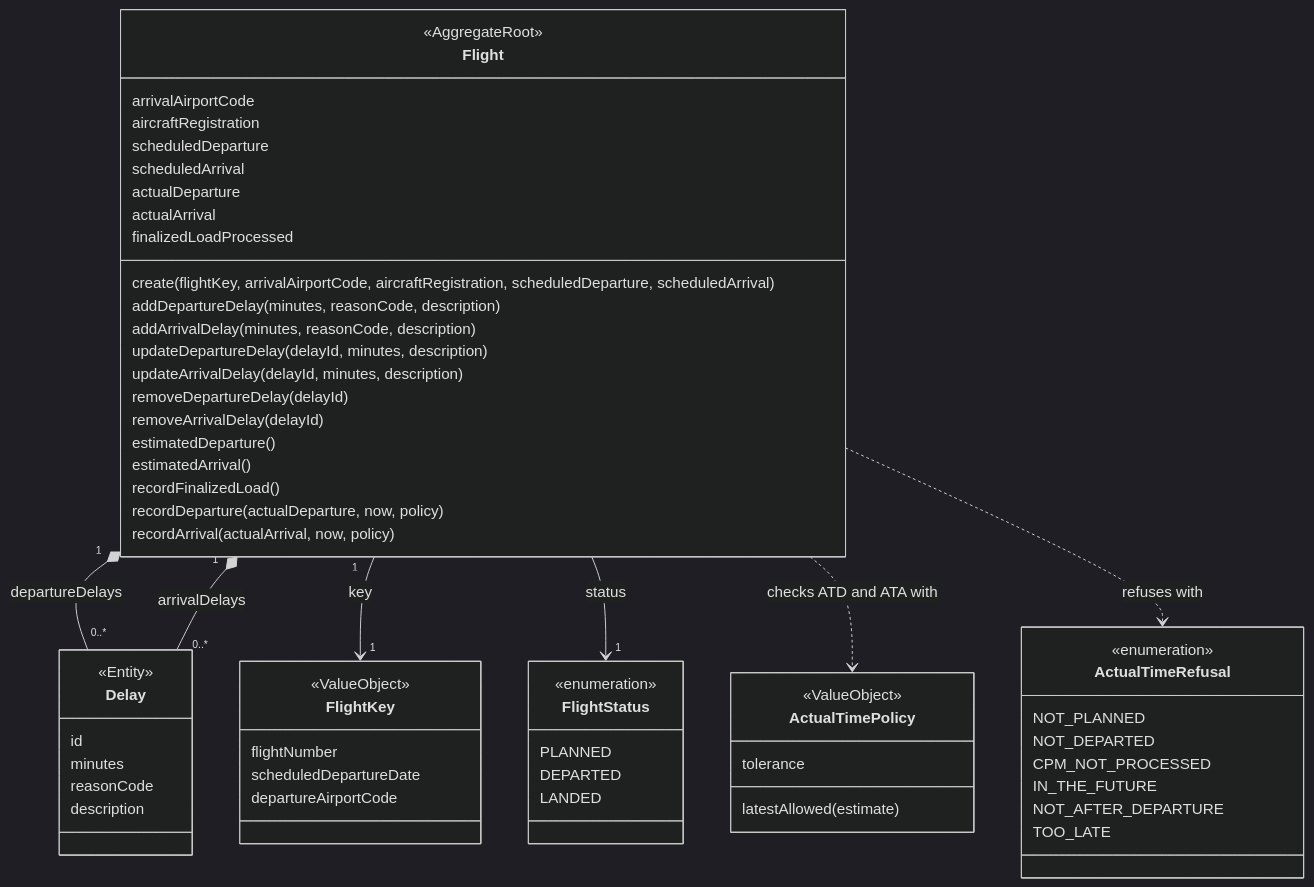
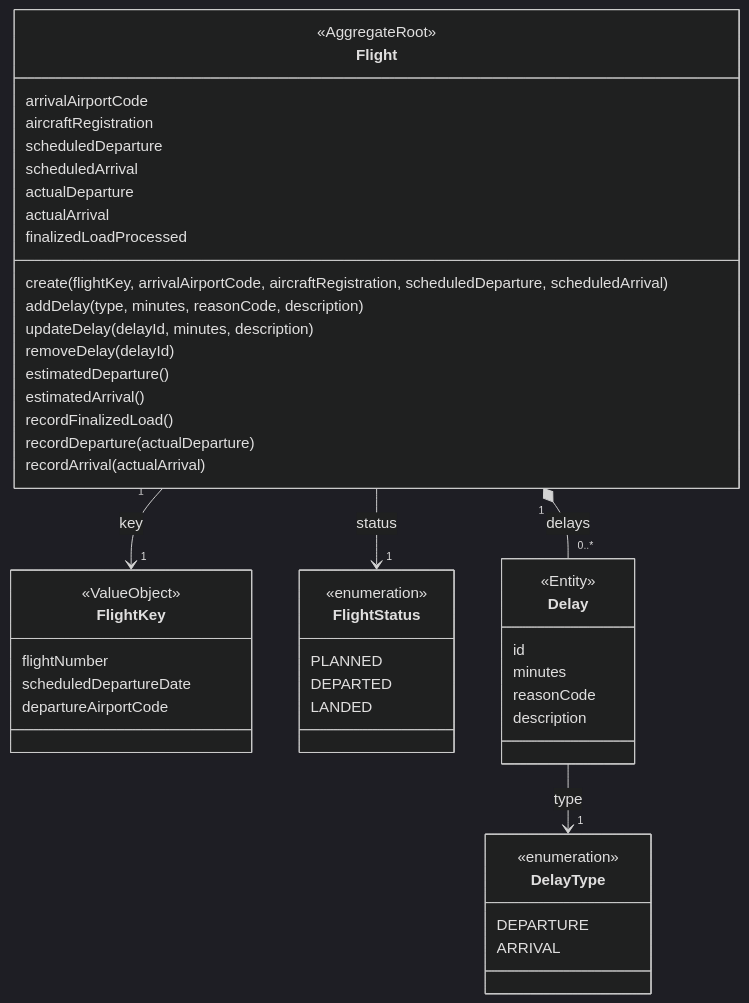
One commit to ebhd/air-freight-operations changed the sixth of 9 diagrams in architecture/analyse.md. Above: the diagram before and after it, drawn with Mermaid (dark theme). The commit also changed other lines of this file and 242 other files, not shown here.

First line of the commit message:
Revert "Merge branch 'refactor/split-flight-delays-and-message-formatting' into 'main'"

````diff
--- a/architecture/analyse.md
+++ b/architecture/analyse.md
@@ -403,76 +344,60 @@
 ```mermaid
 classDiagram
     direction TB
 
     class Flight {
         <<AggregateRoot>>
         arrivalAirportCode
         aircraftRegistration
         scheduledDeparture
         scheduledArrival
         actualDeparture
         actualArrival
         finalizedLoadProcessed
         create(flightKey, arrivalAirportCode, aircraftRegistration, scheduledDeparture, scheduledArrival)
-        addDepartureDelay(minutes, reasonCode, description)
-        addArrivalDelay(minutes, reasonCode, description)
-        updateDepartureDelay(delayId, minutes, description)
-        updateArrivalDelay(delayId, minutes, description)
-        removeDepartureDelay(delayId)
-        removeArrivalDelay(delayId)
+        addDelay(type, minutes, reasonCode, description)
+        updateDelay(delayId, minutes, description)
+        removeDelay(delayId)
         estimatedDeparture()
         estimatedArrival()
         recordFinalizedLoad()
-        recordDeparture(actualDeparture, now, policy)
-        recordArrival(actualArrival, now, policy)
-    }
-
-    class ActualTimePolicy {
-        <<ValueObject>>
-        tolerance
-        latestAllowed(estimate)
-    }
-
-    class ActualTimeRefusal {
-        <<enumeration>>
-        NOT_PLANNED
-        NOT_DEPARTED
-        CPM_NOT_PROCESSED
-        IN_THE_FUTURE
-        NOT_AFTER_DEPARTURE
-        TOO_LATE
+        recordDeparture(actualDeparture)
+        recordArrival(actualArrival)
     }
 
     class FlightKey {
         <<ValueObject>>
         flightNumber
         scheduledDepartureDate
         departureAirportCode
     }
 
     class FlightStatus {
         <<enumeration>>
         PLANNED
         DEPARTED
         LANDED
     }
 
     class Delay {
         <<Entity>>
         id
         minutes
         reasonCode
         description
     }
 
+    class DelayType {
+        <<enumeration>>
+        DEPARTURE
+        ARRIVAL
+    }
 
 
 
-    Flight "1" *-- "0..*" Delay : departureDelays
-    Flight "1" *-- "0..*" Delay : arrivalDelays
+    Flight "1" *-- "0..*" Delay : delays
     Flight "1" --> "1" FlightKey : key
     Flight --> "1" FlightStatus : status
-    Flight ..> ActualTimePolicy : checks ATD and ATA with
-    Flight ..> ActualTimeRefusal : refuses with
+    Delay --> "1" DelayType : type
 
 ```
````
